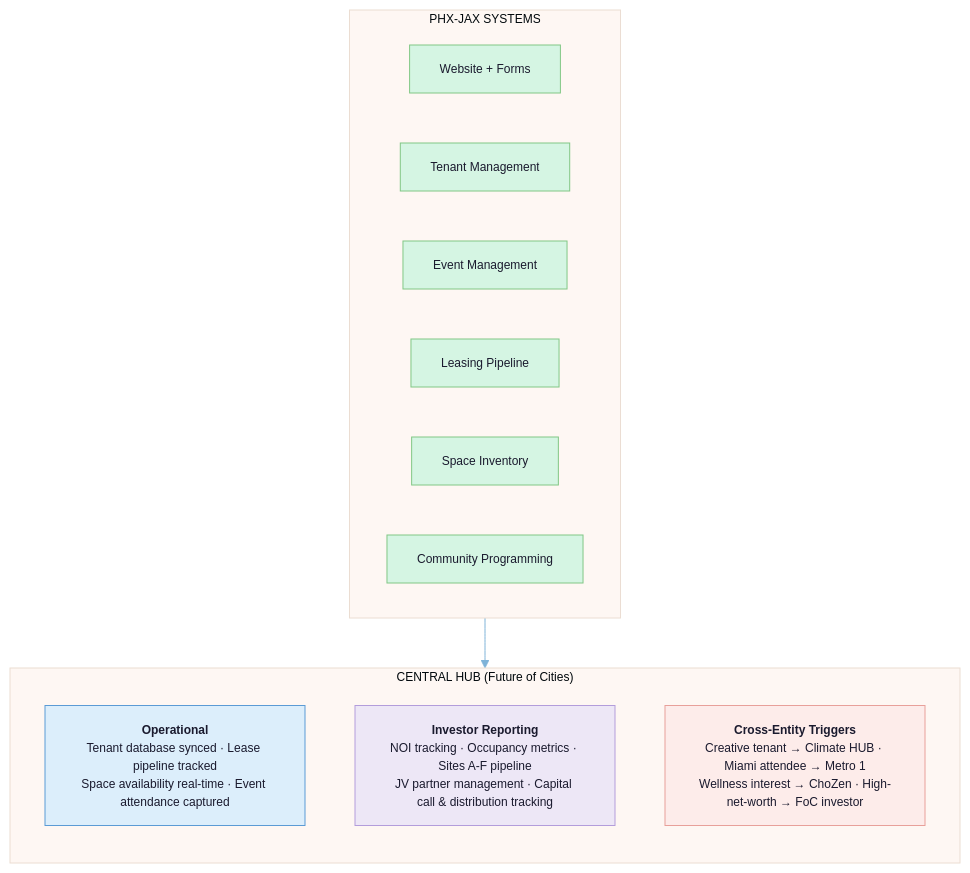
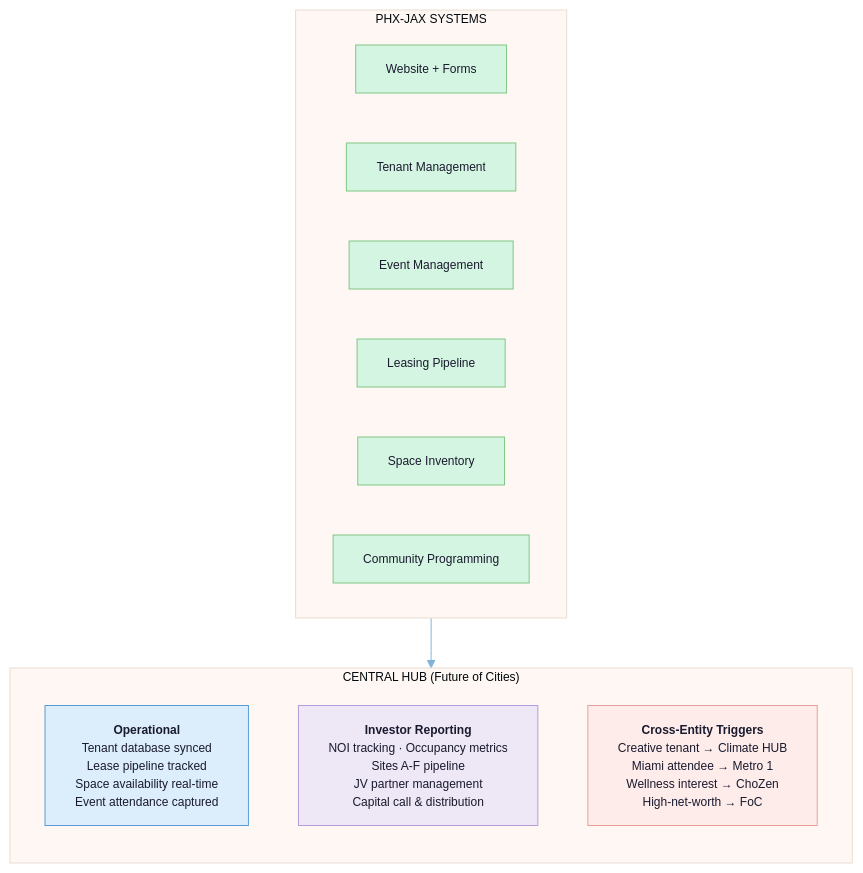
The ninth of 30 diagrams in legal-vault/proposals/cho-ventures-master-project-plan-2026-02-25.md (Light-Brands/qie), drawn with Mermaid before and after one commit. The commit also changed other lines of this file, not shown here.

First line of the commit message:
Fix Mermaid diagram text overflow: break long node labels into shorter lines

````diff
--- a/legal-vault/proposals/cho-ventures-master-project-plan-2026-02-25.md
+++ b/legal-vault/proposals/cho-ventures-master-project-plan-2026-02-25.md
@@ -835,27 +835,27 @@
 ```mermaid
 %%{init: {'theme': 'base', 'themeVariables': {'primaryColor': '#DCEEFB', 'primaryTextColor': '#1a1a2e', 'lineColor': '#7FB3D8', 'fontSize': '12px'}}}%%
 flowchart TB
     classDef entity fill:#D5F5E3,stroke:#82C785,color:#1a1a2e
     classDef hub fill:#DCEEFB,stroke:#5B9BD5,color:#1a1a2e
     classDef investor fill:#EDE7F6,stroke:#B39DDB,color:#1a1a2e
     classDef trigger fill:#FDECEA,stroke:#E8A09A,color:#1a1a2e
 
     subgraph PHX["PHX-JAX SYSTEMS"]
         direction LR
         WEB["Website + Forms"]:::entity
         TENANT["Tenant Management"]:::entity
         EVENT["Event Management"]:::entity
         LEASE["Leasing Pipeline"]:::entity
         SPACE["Space Inventory"]:::entity
         PROG["Community Programming"]:::entity
     end
 
     subgraph HUB["CENTRAL HUB (Future of Cities)"]
         direction TB
-        OPS["<b>Operational</b><br/>Tenant database synced · Lease pipeline tracked<br/>Space availability real-time · Event attendance captured"]:::hub
-        INV["<b>Investor Reporting</b><br/>NOI tracking · Occupancy metrics · Sites A-F pipeline<br/>JV partner management · Capital call & distribution tracking"]:::investor
-        CROSS["<b>Cross-Entity Triggers</b><br/>Creative tenant → Climate HUB · Miami attendee → Metro 1<br/>Wellness interest → ChoZen · High-net-worth → FoC investor"]:::trigger
+        OPS["<b>Operational</b><br/>Tenant database synced<br/>Lease pipeline tracked<br/>Space availability real-time<br/>Event attendance captured"]:::hub
+        INV["<b>Investor Reporting</b><br/>NOI tracking · Occupancy metrics<br/>Sites A-F pipeline<br/>JV partner management<br/>Capital call & distribution"]:::investor
+        CROSS["<b>Cross-Entity Triggers</b><br/>Creative tenant → Climate HUB<br/>Miami attendee → Metro 1<br/>Wellness interest → ChoZen<br/>High-net-worth → FoC"]:::trigger
     end
 
     PHX --> HUB
 ```
````
